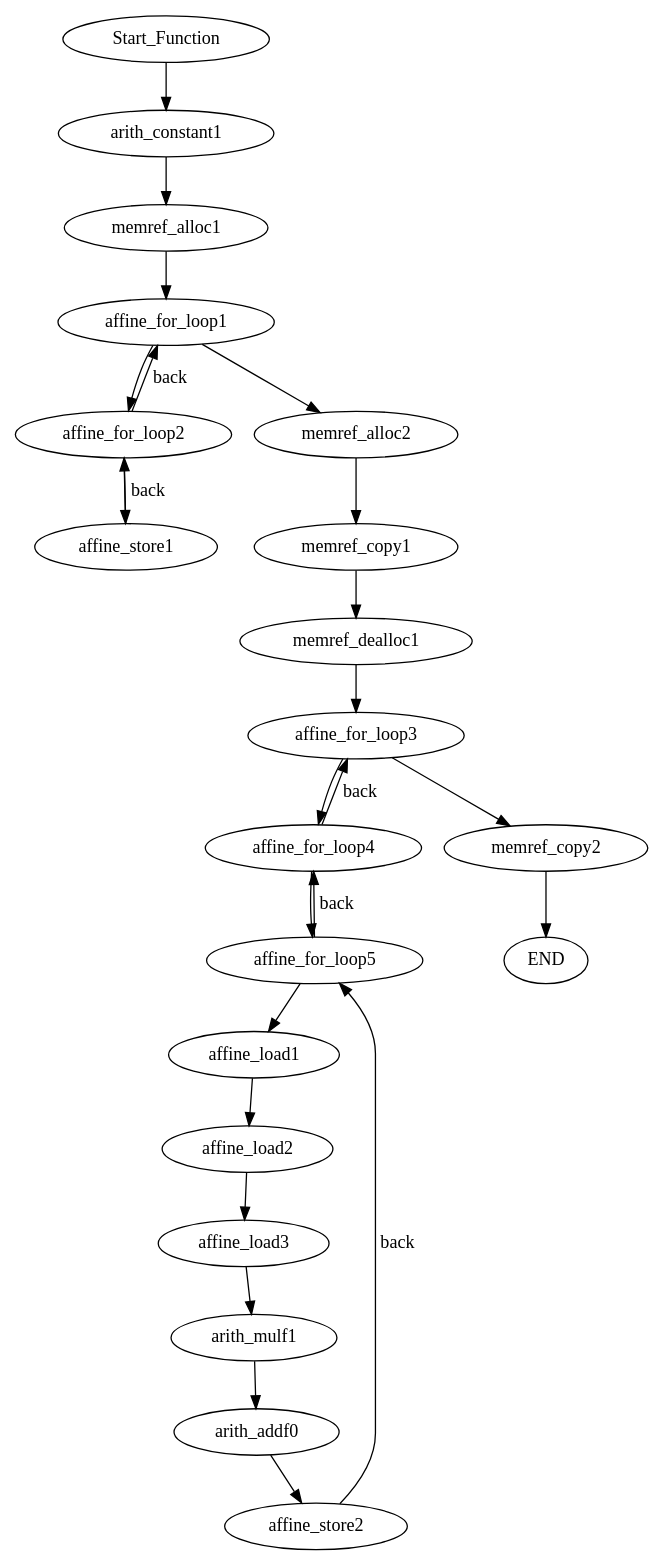
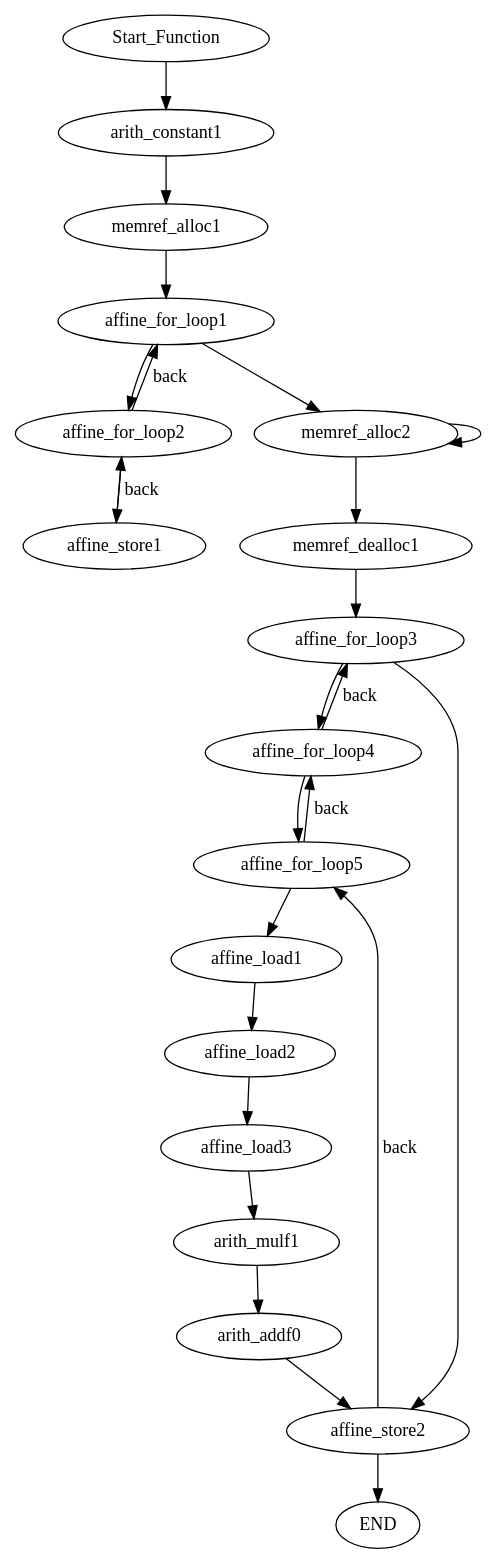
The diagram in MlirConversionDot/graph.dot (anniezfy/IR_DOT), drawn with Graphviz before and after one commit. The commit also changed 2 other files, not shown here.

```diff
--- a/MlirConversionDot/graph.dot
+++ b/MlirConversionDot/graph.dot
@@ -1,46 +1,44 @@
 digraph GEMM{
 Start_Function
 arith_constant1
 memref_alloc1
 affine_for_loop1
 affine_for_loop2
 affine_store1
 memref_alloc2
-memref_copy1
 memref_dealloc1
 affine_for_loop3
 affine_for_loop4
 affine_for_loop5
 affine_load1
 affine_load2
 affine_load3
 arith_mulf1
 arith_addf0
 affine_store2
-memref_copy2
 END
 Start_Function -> arith_constant1;
 arith_constant1 -> memref_alloc1;
 memref_alloc1 -> affine_for_loop1;
 affine_for_loop1 -> affine_for_loop2;
 affine_for_loop2 -> affine_store1;
 affine_store1 -> affine_for_loop2 [label="back"];
 affine_for_loop2 -> affine_for_loop1 [label="back"];
 affine_for_loop1 -> memref_alloc2;
-memref_alloc2 -> memref_copy1;
-memref_copy1 -> memref_dealloc1;
+memref_alloc2 -> memref_alloc2;
+memref_alloc2 -> memref_dealloc1;
 memref_dealloc1 -> affine_for_loop3;
 affine_for_loop3 -> affine_for_loop4;
 affine_for_loop4 -> affine_for_loop5;
 affine_for_loop5 -> affine_load1;
 affine_load1 -> affine_load2;
 affine_load2 -> affine_load3;
 affine_load3 -> arith_mulf1;
 arith_mulf1 -> arith_addf0;
 arith_addf0 -> affine_store2;
 affine_store2 -> affine_for_loop5 [label="back"];
 affine_for_loop5 -> affine_for_loop4 [label="back"];
 affine_for_loop4 -> affine_for_loop3 [label="back"];
-affine_for_loop3 -> memref_copy2;
-memref_copy2 -> END;
+affine_for_loop3 -> affine_store2;
+affine_store2 -> END;
 }
```
